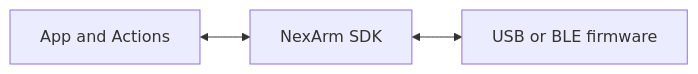
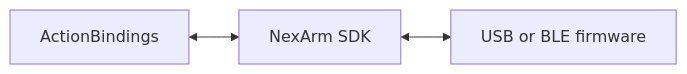
Before and after one commit to devilyouwei/MobileHarness: the diagram in MobileHarness/PlatformKit/Connectivity/README.md, drawn with Mermaid. The commit also changed 254 other files, not shown here.

First line of the commit message:
refactor: isolate app composition and module bindings

````diff
--- a/MobileHarness/PlatformKit/Connectivity/README.md
+++ b/MobileHarness/PlatformKit/Connectivity/README.md
@@ -15,5 +15,5 @@
 ```mermaid
 flowchart LR
- Callers[App and Actions] <--> NexArm[NexArm SDK]
+ Callers[ActionBindings] <--> NexArm[NexArm SDK]
  NexArm <--> Device[USB or BLE firmware]
 ```
````
